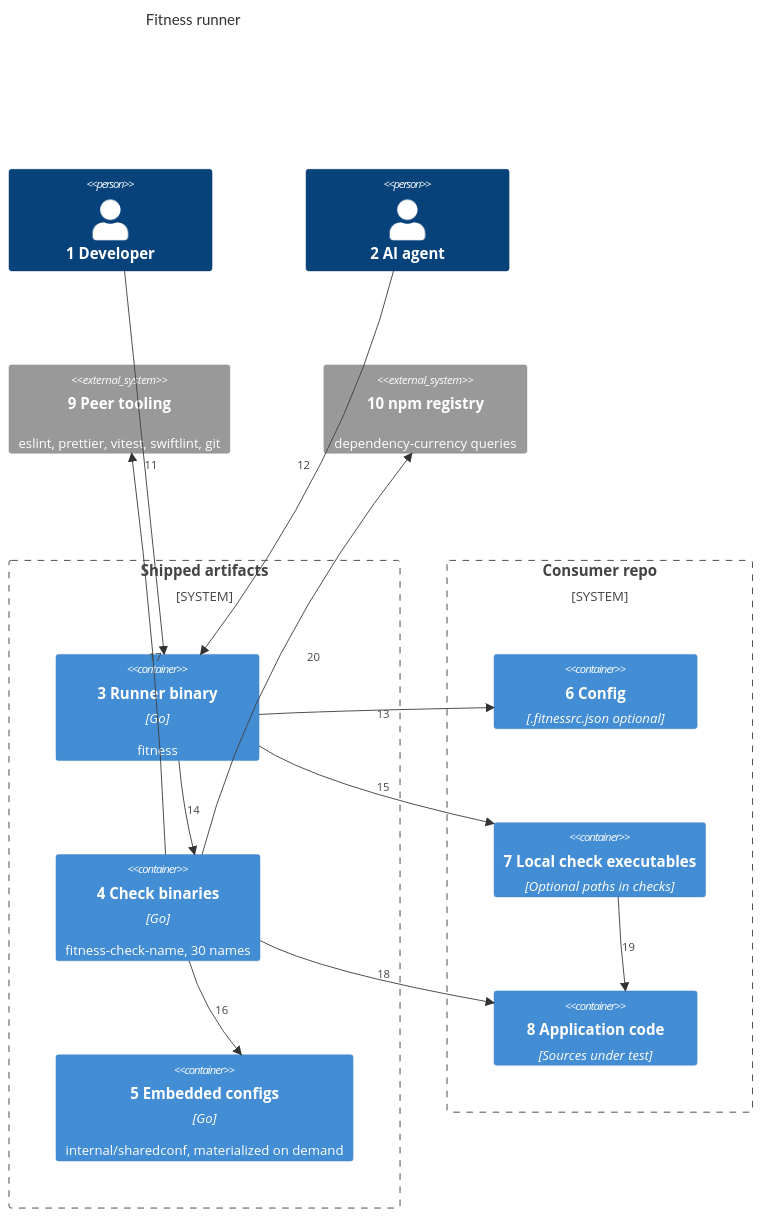
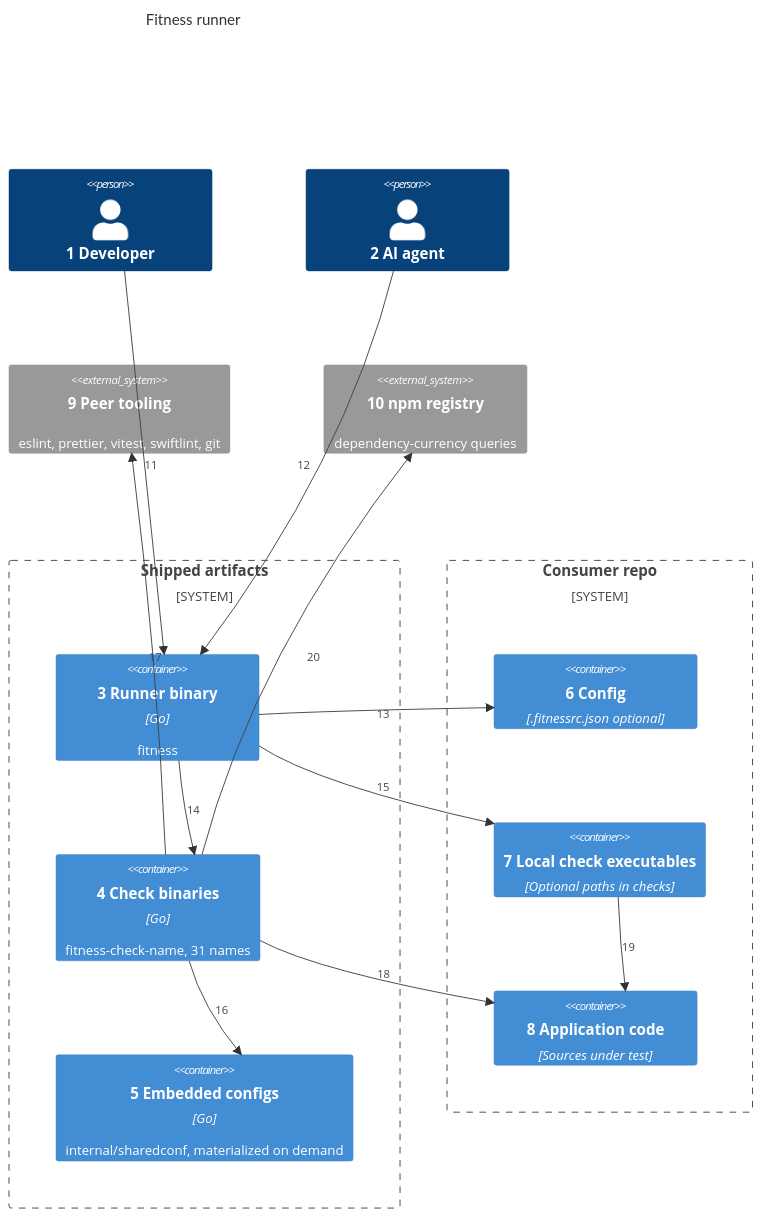
Before and after one commit to may-journal/fitness-runner: the first of 2 diagrams in docs/architecture/02-containers.md, drawn with Mermaid. The commit also changed 11 other files, not shown here.

````diff
--- a/docs/architecture/02-containers.md
+++ b/docs/architecture/02-containers.md
@@ -7,33 +7,33 @@
 ```mermaid
 C4Container
     title Fitness runner
 
     Person(developer, "1 Developer")
     Person(agent, "2 AI agent")
 
     System_Boundary(ship, "Shipped artifacts") {
         Container(cli, "3 Runner binary", "Go", "fitness")
-        Container(checks, "4 Check binaries", "Go", "fitness-check-name, 30 names")
+        Container(checks, "4 Check binaries", "Go", "fitness-check-name, 31 names")
         Container(shared, "5 Embedded configs", "Go", "internal/sharedconf, materialized on demand")
     }
 
     System_Boundary(consumer, "Consumer repo") {
         Container(rc, "6 Config", ".fitnessrc.json optional")
         Container(localChecks, "7 Local check executables", "Optional paths in checks")
         Container(code, "8 Application code", "Sources under test")
     }
 
     System_Ext(tools, "9 Peer tooling", "eslint, prettier, vitest, swiftlint, git")
     System_Ext(registry, "10 npm registry", "dependency-currency queries")
 
     Rel(developer, cli, "11")
     Rel(agent, cli, "12")
     Rel(cli, rc, "13")
     Rel(cli, checks, "14")
     Rel(cli, localChecks, "15")
     Rel(checks, shared, "16")
     Rel(checks, tools, "17")
     Rel(checks, code, "18")
     Rel(localChecks, code, "19")
     Rel(checks, registry, "20")
 ```
````
